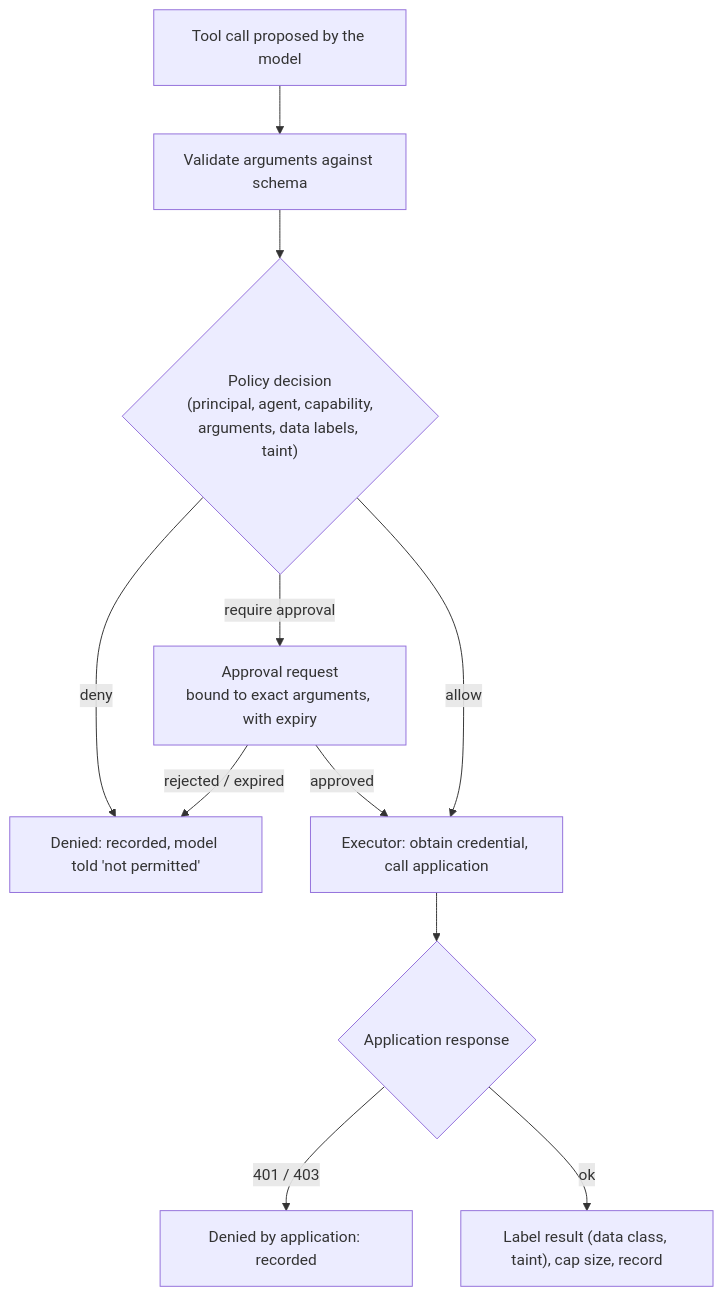
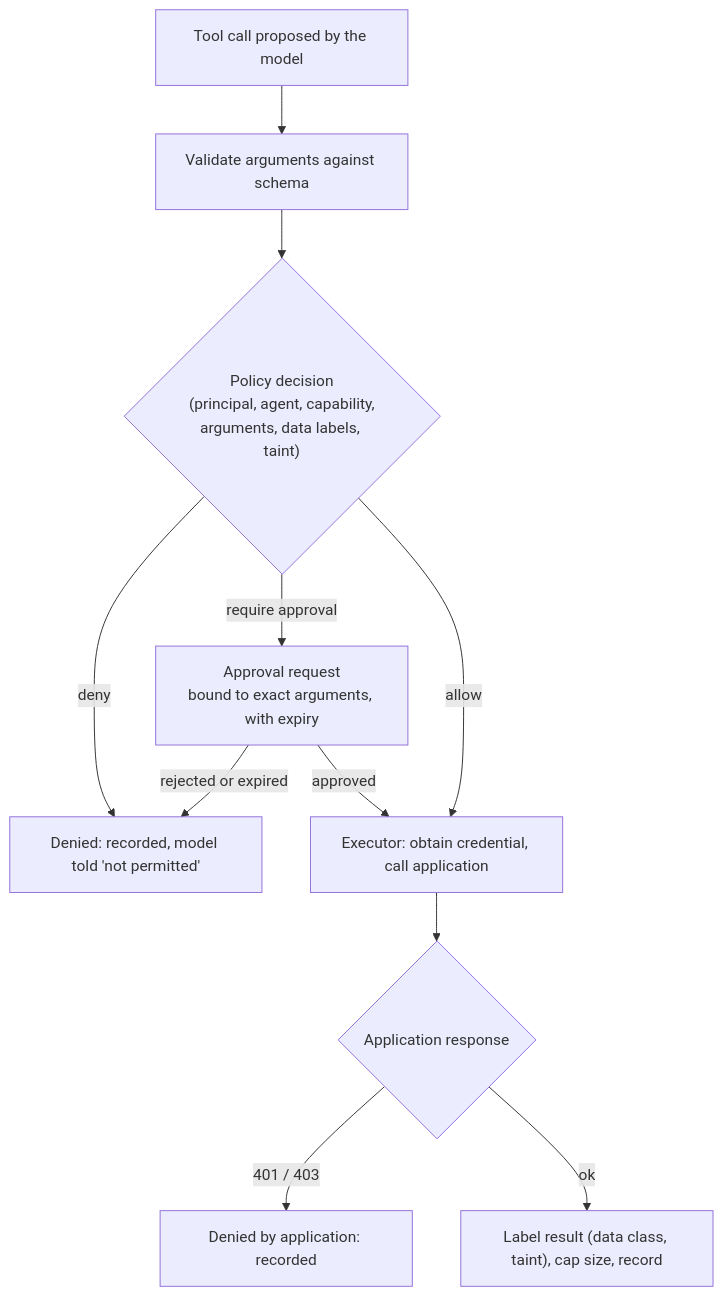
Before and after one commit to Md-Nisar/neuron: the fourth of 7 diagrams in research/enterprise-strategy/DOMAIN_AGNOSTIC_INTEGRATION_ARCHITECTURE.md, drawn with Mermaid. The commit also changed 9 other files, not shown here.

````diff
--- a/research/enterprise-strategy/DOMAIN_AGNOSTIC_INTEGRATION_ARCHITECTURE.md
+++ b/research/enterprise-strategy/DOMAIN_AGNOSTIC_INTEGRATION_ARCHITECTURE.md
@@ -226,13 +226,13 @@
 ```mermaid
 flowchart TB
     T["Tool call proposed by the model"] --> V["Validate arguments against schema"]
     V --> P{"Policy decision<br/>(principal, agent, capability,<br/>arguments, data labels, taint)"}
     P -- deny --> D["Denied: recorded, model told 'not permitted'"]
     P -- "require approval" --> Q["Approval request<br/>bound to exact arguments, with expiry"]
-    Q -- rejected / expired --> D
+    Q -- "rejected or expired" --> D
     Q -- approved --> X
     P -- allow --> X["Executor: obtain credential, call application"]
     X --> R{"Application response"}
     R -- "401 / 403" --> D2["Denied by application: recorded"]
     R -- ok --> L["Label result (data class, taint), cap size, record"]
 ```
````
